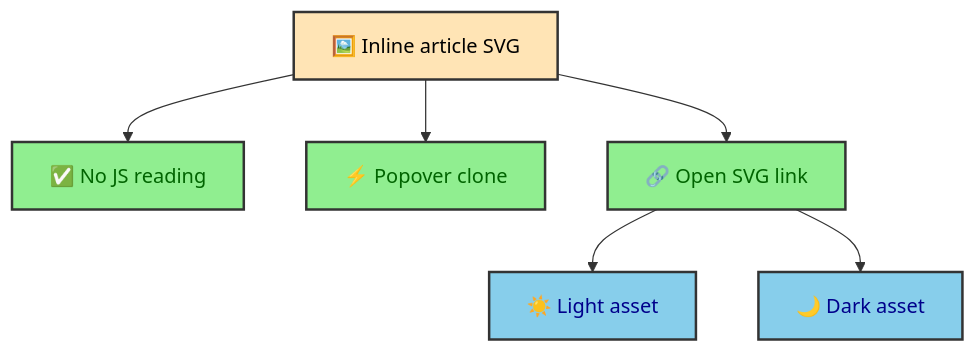
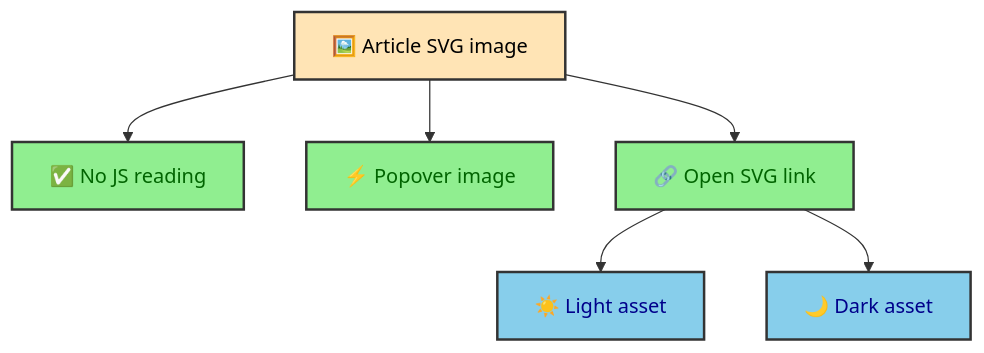
One commit to duranalberto/albertoduran changed the diagram in src/thejournal/building_albertoduran/mermaid/assets_and_css.mdx. Above: the diagram before and after it, drawn with Mermaid. The commit also changed other lines of this file and 50 other files, not shown here.

````diff
--- a/src/thejournal/building_albertoduran/mermaid/assets_and_css.mdx
+++ b/src/thejournal/building_albertoduran/mermaid/assets_and_css.mdx
@@ -38,16 +38,16 @@
 ```mermaid
 flowchart TD
-    Inline[🖼️ Inline article SVG] --> NoJs[✅ No JS reading]
-    Inline --> Clone[⚡ Popover clone]
+    Inline[🖼️ Article SVG image] --> NoJs[✅ No JS reading]
+    Inline --> Popover[⚡ Popover image]
     Inline --> Link[🔗 Open SVG link]
     Link --> Light[☀️ Light asset]
     Link --> Dark[🌙 Dark asset]
 
     classDef input fill:#FFE4B5,stroke:#333,stroke-width:2px,color:black
     classDef runtime fill:#90EE90,stroke:#333,stroke-width:2px,color:darkgreen
     classDef asset fill:#87CEEB,stroke:#333,stroke-width:2px,color:darkblue
 
     class Inline input
-    class NoJs,Clone,Link runtime
+    class NoJs,Popover,Link runtime
     class Light,Dark asset
 ```
````
